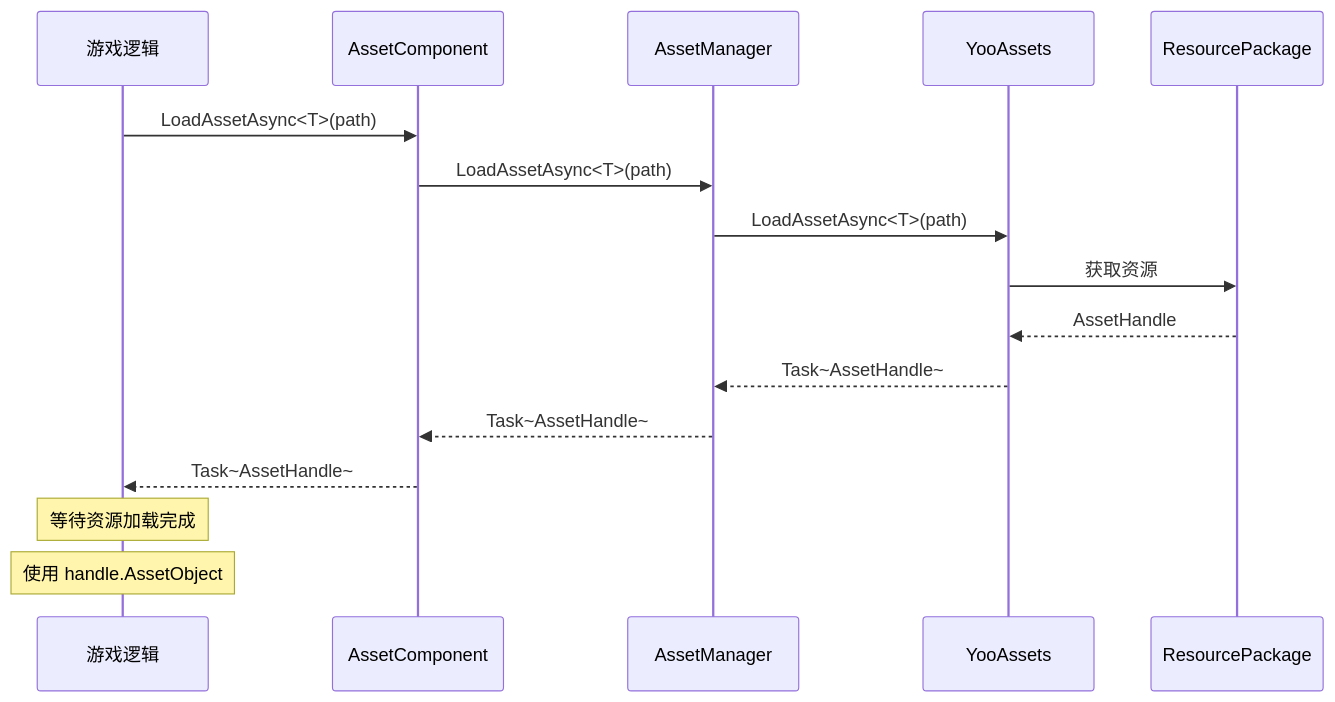
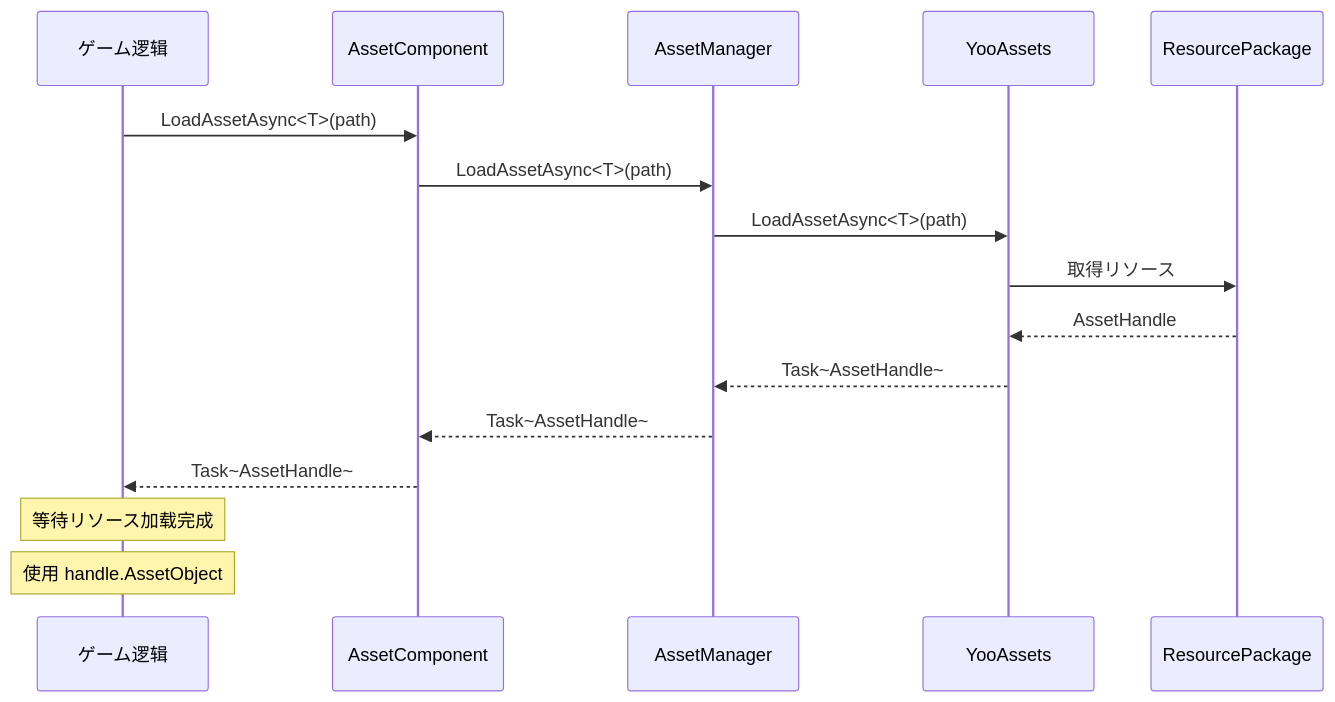
The fourth of 5 diagrams in docs/ja/client/unity/component/asset/08.architecture.md (AlianBlank/GameFrameX.Docs), drawn with Mermaid before and after one commit. The commit also changed other lines of this file and 603 other files, not shown here.

````diff
--- a/docs/ja/client/unity/component/asset/08.architecture.md
+++ b/docs/ja/client/unity/component/asset/08.architecture.md
@@ -324,20 +324,20 @@
 ```mermaid
 sequenceDiagram
-    participant Client as 游戏逻辑
+    participant Client as ゲーム逻辑
     participant Component as AssetComponent
     participant Manager as AssetManager
     participant YooAssets as YooAssets
     participant Package as ResourcePackage
     
     Client->>Component: LoadAssetAsync<T>(path)
     Component->>Manager: LoadAssetAsync<T>(path)
     Manager->>YooAssets: LoadAssetAsync<T>(path)
-    YooAssets->>Package: 获取资源
+    YooAssets->>Package: 取得リソース
     Package-->>YooAssets: AssetHandle
     YooAssets-->>Manager: Task~AssetHandle~
     Manager-->>Component: Task~AssetHandle~
     Component-->>Client: Task~AssetHandle~
     
-    Note over Client: 等待资源加载完成
+    Note over Client: 等待リソース加载完成
     Note over Client: 使用 handle.AssetObject
 ```
````
